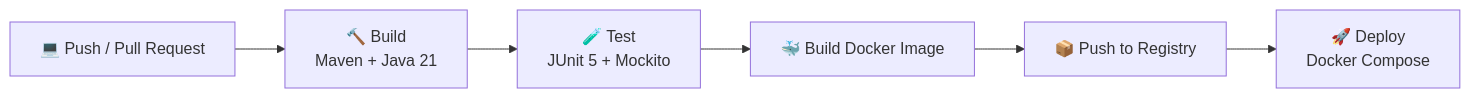
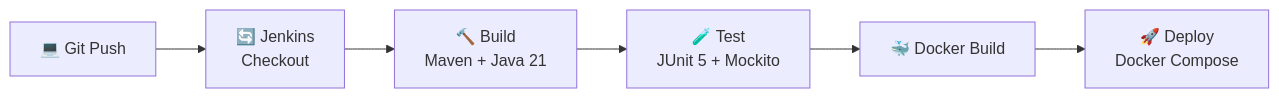
One commit to Hariskhatti/Hariskhatti changed the second of 2 diagrams in README.md. Above: the diagram before and after it, drawn with Mermaid. The commit also changed other lines of this file, not shown here.

````diff
--- a/README.md
+++ b/README.md
@@ -189,8 +240,8 @@
 ```mermaid
 flowchart LR
-    A[💻 Push / Pull Request] --> B[🔨 Build<br/>Maven + Java 21]
-    B --> C[🧪 Test<br/>JUnit 5 + Mockito]
-    C --> D[🐳 Build Docker Image]
-    D --> E[📦 Push to Registry]
+    A[💻 Git Push] --> B[🔄 Jenkins<br/>Checkout]
+    B --> C[🔨 Build<br/>Maven + Java 21]
+    C --> D[🧪 Test<br/>JUnit 5 + Mockito]
+    D --> E[🐳 Docker Build]
     E --> F[🚀 Deploy<br/>Docker Compose]
 ```
````
